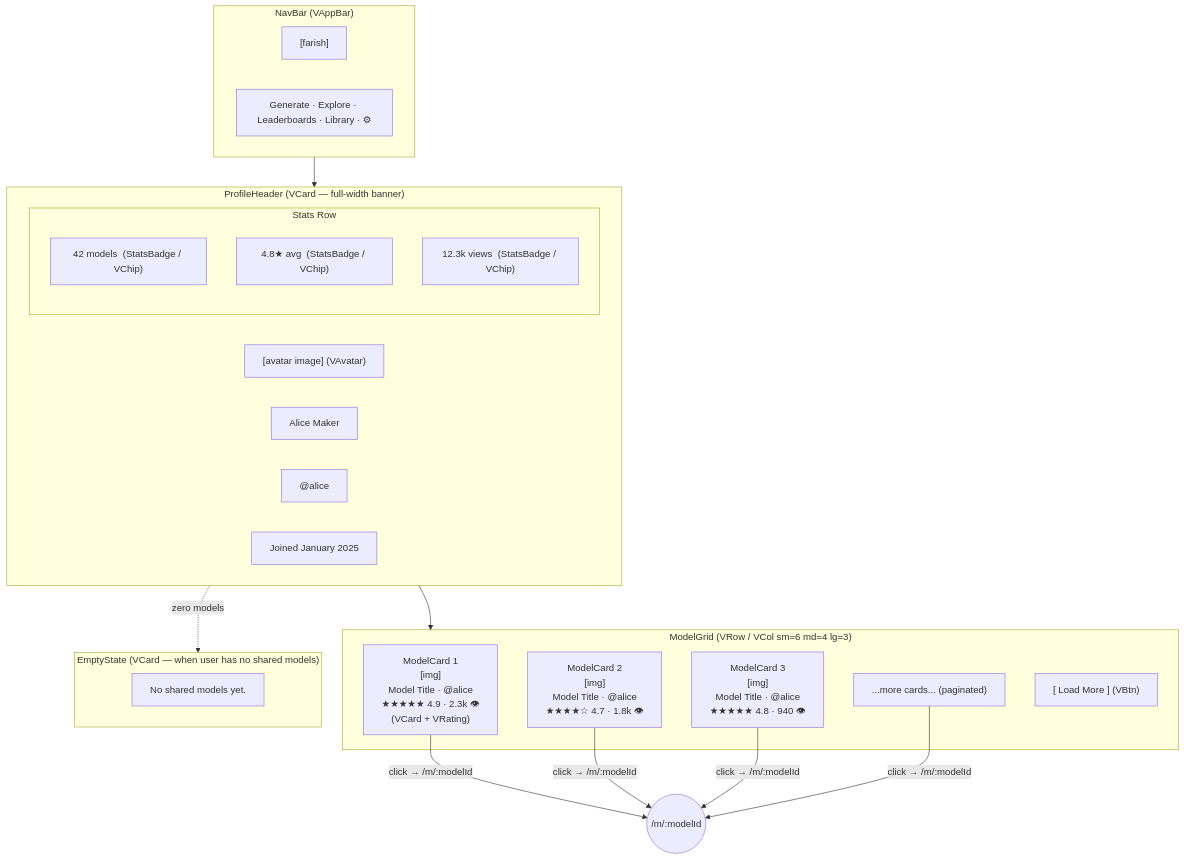
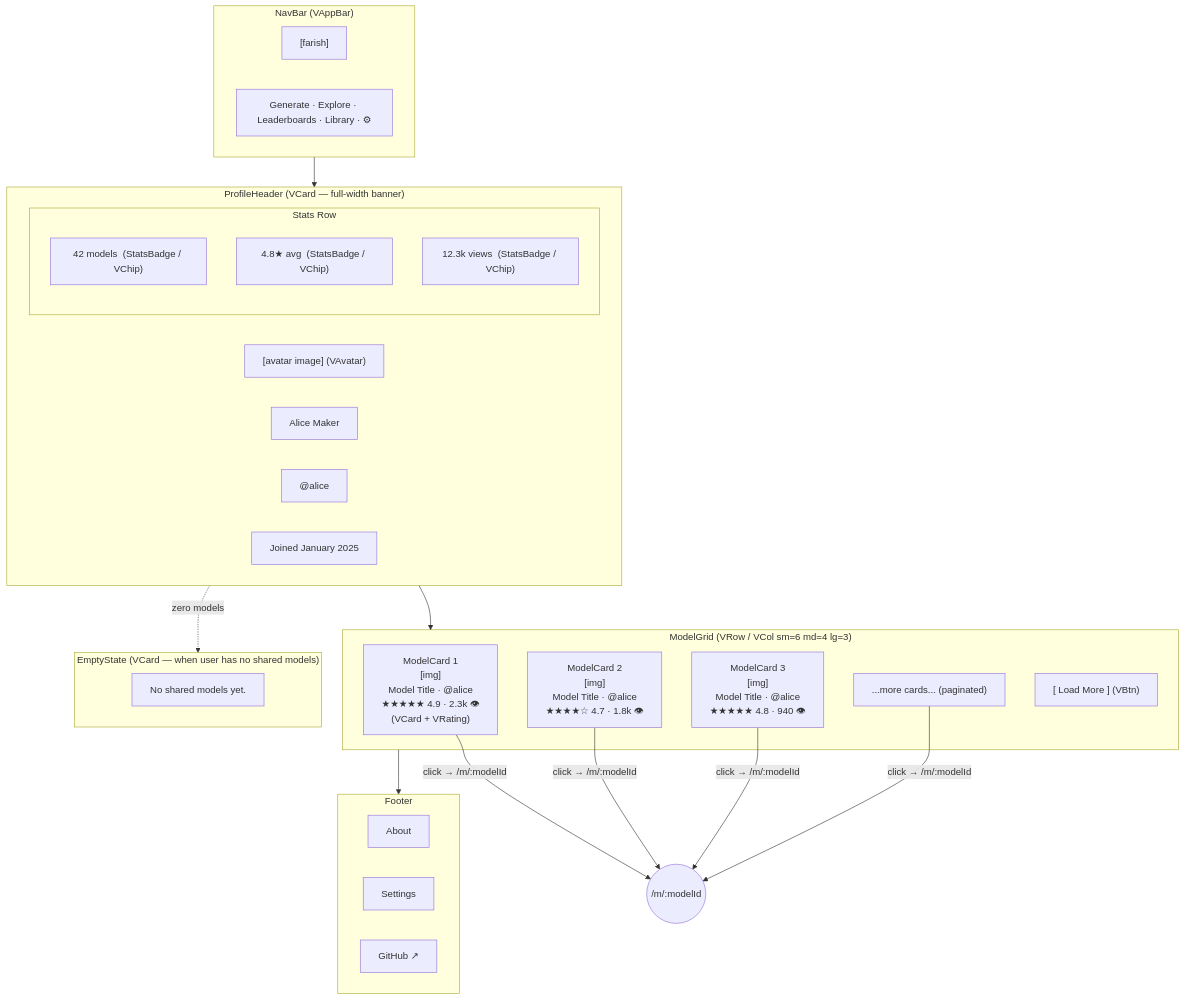
The diagram in docs/pages/profile/wireframes/page.mermaid.md (nsheaps/farish), drawn with Mermaid before and after one commit. The commit also changed other lines of this file and 30 other files, not shown here.

First line of the commit message:
docs(pages): step-16 cross-page validation — global footer, nav consistency fixes

````diff
--- a/docs/pages/profile/wireframes/page.mermaid.md
+++ b/docs/pages/profile/wireframes/page.mermaid.md
@@ -3,35 +3,41 @@
 ```mermaid
 flowchart TB
     subgraph NavBar["NavBar (VAppBar)"]
         Logo["[farish]"]
         NavLinks["Generate · Explore · Leaderboards · Library · ⚙"]
     end
 
     subgraph ProfileHeader["ProfileHeader (VCard — full-width banner)"]
         Avatar["[avatar image]  (VAvatar)"]
         DisplayName["Alice Maker"]
         Username["@alice"]
         JoinDate["Joined January 2025"]
         subgraph StatsRow["Stats Row"]
             ModelCount["42 models  (StatsBadge / VChip)"]
             AvgRating["4.8★ avg  (StatsBadge / VChip)"]
             TotalViews["12.3k views  (StatsBadge / VChip)"]
         end
     end
 
     subgraph ModelGrid["ModelGrid (VRow / VCol sm=6 md=4 lg=3)"]
         Card1["ModelCard 1\n[img]\nModel Title · @alice\n★★★★★ 4.9 · 2.3k 👁\n(VCard + VRating)"]
         Card2["ModelCard 2\n[img]\nModel Title · @alice\n★★★★☆ 4.7 · 1.8k 👁"]
         Card3["ModelCard 3\n[img]\nModel Title · @alice\n★★★★★ 4.8 · 940 👁"]
         CardN["...more cards...  (paginated)"]
         LoadMore["[ Load More ]  (VBtn)"]
     end
 
     subgraph EmptyState_node["EmptyState (VCard — when user has no shared models)"]
         EmptyMsg["No shared models yet."]
     end
 
-    NavBar --> ProfileHeader --> ModelGrid
+    subgraph Footer["Footer"]
+        AboutLink["About"]
+        SettingsLink["Settings"]
+        GithubLink["GitHub ↗"]
+    end
+
+    NavBar --> ProfileHeader --> ModelGrid --> Footer
     ProfileHeader -. zero models .-> EmptyState_node
     Card1 & Card2 & Card3 & CardN -->|"click → /m/:modelId"| DetailPage(("/m/:modelId"))
 ```
````
